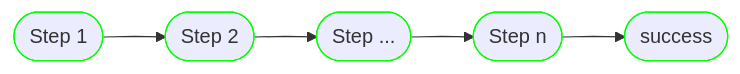
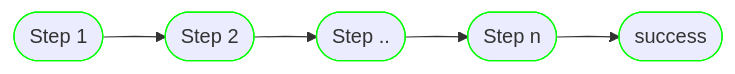
The first of 3 diagrams in docs/concepts/the-big-picture.md (AstraZeneca/runnable), drawn with Mermaid before and after one commit. The commit also changed other lines of this file and 76 other files, not shown here.

````diff
--- a/docs/concepts/the-big-picture.md
+++ b/docs/concepts/the-big-picture.md
@@ -7,13 +7,13 @@
 ``` mermaid
 %%{ init: { 'flowchart': { 'curve': 'linear' } } }%%
 flowchart LR
 
     step1:::green
     step1([Step 1]) --> step2:::green
     step2([Step 2]) --> step3:::green
-    step3([Step ...]) --> step4:::green
+    step3([Step .. ]) --> step4:::green
     step4([Step n]) --> suc([success]):::green
 
     classDef green stroke:#0f0
 
 ```
````
